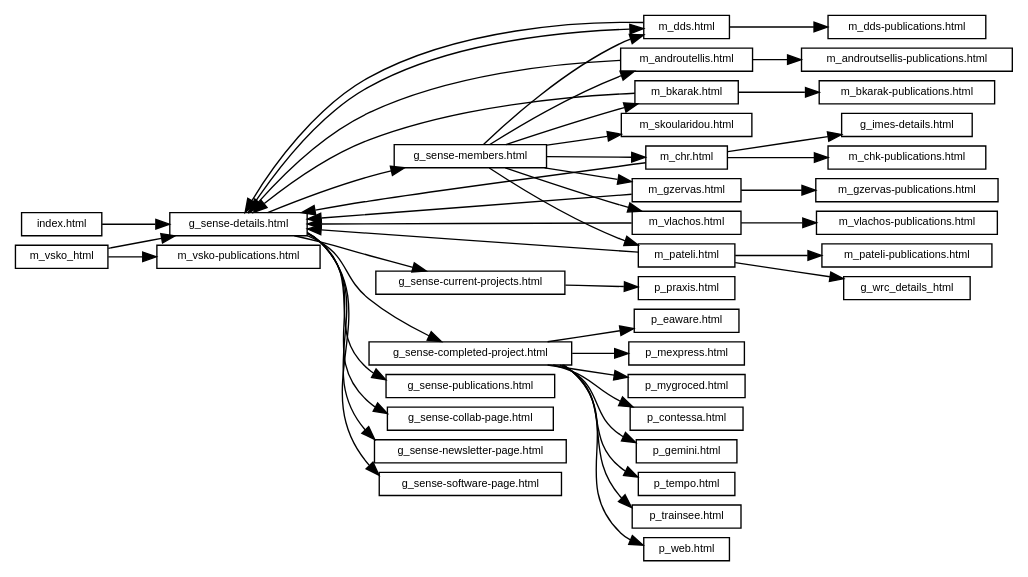
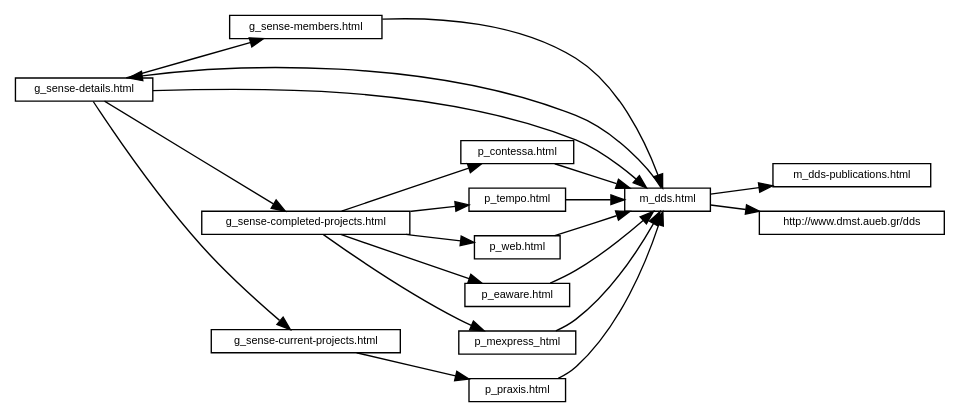
The diagram in doc/paper/dep-graph.dot (istlab/web), drawn with Graphviz before and after one commit. The commit also changed 4 other files, not shown here.

Commit message:
Inserted html dependecy graph into paper

```diff
--- a/doc/paper/dep-graph.dot
+++ b/doc/paper/dep-graph.dot
@@ -1,90 +1,42 @@
 #!/usr/bin/dot
 
 digraph G{
-	nodesep=.1;
 	rankdir=LR;
 	node [height=.15,shape=box,fontname="Helvetica",fontsize=8];
 	edge [arrowhead=normal,arrowtail=none];
 
 	g_sense_details_html [label="g_sense-details.html"];
 	g_sense_members_html [label="g_sense-members.html"];
-	g_sense_current_projects_html [label="g_sense-current-projects.html"];
-	g_sense_completed_projects_html [label="g_sense-completed-project.html"];
-	g_sense_publications_html [label="g_sense-publications.html"];
-	g_sense_collab_html [label="g_sense-collab-page.html"];
-	g_sense_newsletter_html [label="g_sense-newsletter-page.html"];
-	g_sense_software_html [label="g_sense-software-page.html"];
 	m_dds_html [label="m_dds.html"];
-	m_androutsellis_html [label="m_androutellis.html"];
-	m_bkarak_html [label="m_bkarak.html"];
-	m_chk_html [label="m_chr.html"];
-	m_gzervas_html [label="m_gzervas.html"];
-	m_vlachos_html [label="m_vlachos.html"];
-	m_pateli_html [label="m_pateli.html"];
-	m_skoularidou_html [label="m_skoularidou.html"];
 	p_praxis_html [label="p_praxis.html"];
 	p_contessa_html [label="p_contessa.html"];
-	p_gemini_html [label="p_gemini.html"];
 	p_tempo_html [label="p_tempo.html"];
-	p_trainsee_html [label="p_trainsee.html"];
 	p_web_html [label="p_web.html"];
 	p_eaware_html [label="p_eaware.html"];
-	p_mexpress_html [label="p_mexpress.html"];
-	p_mygrocer_html [label="p_mygroced.html"];
-	index_html [label="index.html"];
 	m_dds_publications_html [label="m_dds-publications.html"];
-	m_androutsellis_publications_html [label="m_androutsellis-publications.html"];
-	m_bkarak_publications_html [label="m_bkarak-publications.html"];
-	m_chk_publications_html [label="m_chk-publications.html"];
-	g_imes_details_html [label="g_imes-details.html"];
-	m_gzervas_publications_html [label="m_gzervas-publications.html"];
-	m_vlachos_publications_html [label="m_vlachos-publications.html"];
-	g_wrc_details_html [label="g_wrc_details_html"];
-	m_pateli_publications_html [label="m_pateli-publications.html"];
-	m_vsko_publications_html [label="m_vsko-publications.html"];
+	dds_site [label="http://www.dmst.aueb.gr/dds"];
+	g_sense_completed_projects_html [label="g_sense-completed-projects.html"];
+	g_sense_current_projects_html [label="g_sense-current-projects.html"];
 
-	index_html->g_sense_details_html
+	m_dds_html->g_sense_details_html
+	m_dds_html->m_dds_publications_html
+	g_sense_details_html->m_dds_html
 	g_sense_details_html->g_sense_members_html
-	g_sense_details_html->g_sense_current_projects_html
-	g_sense_details_html->g_sense_completed_projects_html
-	g_sense_details_html->g_sense_publications_html
-	g_sense_details_html->g_sense_collab_html
-	g_sense_details_html->g_sense_newsletter_html
-	g_sense_details_html->g_sense_software_html
-	g_sense_details_html->m_dds_html
 	g_sense_members_html->m_dds_html
-	g_sense_members_html->m_androutsellis_html
-	g_sense_members_html->m_bkarak_html
-	g_sense_members_html->m_chk_html
-	g_sense_members_html->m_gzervas_html
-	g_sense_members_html->m_vlachos_html
-	g_sense_members_html->m_pateli_html
-	g_sense_members_html->m_skoularidou_html
-	g_sense_current_projects_html->p_praxis_html
-	g_sense_completed_projects_html->p_contessa_html
-	g_sense_completed_projects_html->p_gemini_html
+	p_praxis_html->m_dds_html
+	p_contessa_html->m_dds_html
+	p_tempo_html->m_dds_html
+	p_web_html->m_dds_html
+	p_eaware_html->m_dds_html
+	p_mexpress_html->m_dds_html
+	m_dds_html->dds_site
 	g_sense_completed_projects_html->p_tempo_html
-	g_sense_completed_projects_html->p_trainsee_html
 	g_sense_completed_projects_html->p_web_html
 	g_sense_completed_projects_html->p_eaware_html
+	g_sense_completed_projects_html->p_contessa_html
 	g_sense_completed_projects_html->p_mexpress_html
-	g_sense_completed_projects_html->p_mygrocer_html
-	m_dds_html->g_sense_details_html
-	m_dds_html->m_dds_publications_html
-	m_androutsellis_html->g_sense_details_html
-	m_androutsellis_html->m_androutsellis_publications_html
-	m_bkarak_html->g_sense_details_html
-	m_bkarak_html->m_bkarak_publications_html
-	m_chk_html->g_sense_details_html
-	m_chk_html->g_imes_details_html
-	m_chk_html->m_chk_publications_html
-	m_gzervas_html->g_sense_details_html
-	m_gzervas_html->m_gzervas_publications_html
-	m_vlachos_html->m_vlachos_publications_html
-	m_vlachos_html->g_sense_details_html
-	m_pateli_html->g_sense_details_html
-	m_pateli_html->g_wrc_details_html
-	m_pateli_html->m_pateli_publications_html
-	m_vsko_html->g_sense_details_html
-	m_vsko_html->m_vsko_publications_html
+	g_sense_details_html->g_sense_completed_projects_html
+	g_sense_details_html->g_sense_current_projects_html
+	g_sense_current_projects_html->p_praxis_html
+	
 }
```
